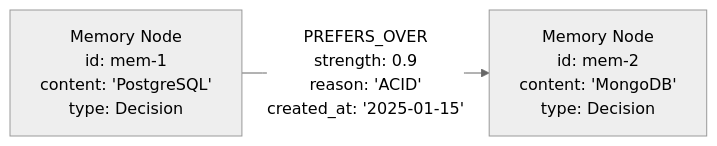
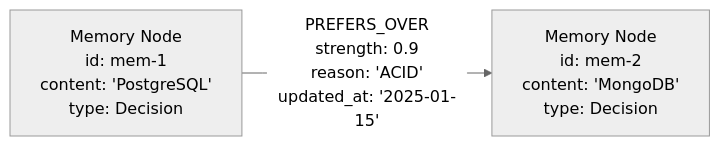
One commit to verygoodplugins/automem-website changed the third of 5 diagrams in src/content/docs/docs/reference/api/relationships.md. Above: the diagram before and after it, drawn with Mermaid (neutral theme). The commit also changed other lines of this file and 1 other file, not shown here.

````diff
--- a/src/content/docs/docs/reference/api/relationships.md
+++ b/src/content/docs/docs/reference/api/relationships.md
@@ -342,7 +342,7 @@
 ```mermaid
 graph LR
     M1["Memory Node<br/>id: mem-1<br/>content: 'PostgreSQL'<br/>type: Decision"]
     M2["Memory Node<br/>id: mem-2<br/>content: 'MongoDB'<br/>type: Decision"]
 
-    M1 -->|"PREFERS_OVER<br/>strength: 0.9<br/>reason: 'ACID'<br/>created_at: '2025-01-15'"| M2
+    M1 -->|"PREFERS_OVER<br/>strength: 0.9<br/>reason: 'ACID'<br/>updated_at: '2025-01-15'"| M2
 ```
````
